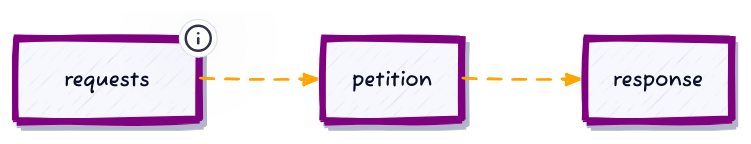
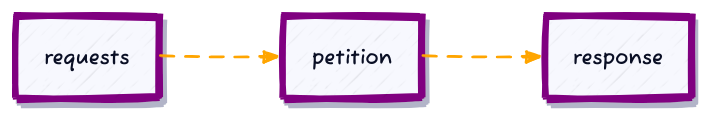
Before and after one commit to emastho/vixenydocs: the diagram in d2/petition_cycle.d2, drawn with D2. The commit also changed 8 other files, not shown here.

```diff
--- a/d2/petition_cycle.d2
+++ b/d2/petition_cycle.d2
@@ -1,39 +1,34 @@
 direction: right
 
 style: {
   fill: transparent
 }
 
 vars: {
   d2-config: {
     sketch: true
   }
 }
-requests: {
-  style: {
-    stroke: purple
-    stroke-width: 5
-    shadow: true
+
+classes: {
+  square: {
+    style: {
+      stroke: purple
+      stroke-width: 5
+      shadow: true
+    }
   }
-  tooltip: Request from serve
-}
-petition: {
-  style: {
-    stroke: purple
-    stroke-width: 5
-    shadow: true
+  seg stroke: {
+    style.animated: true
+    style.stroke: orange
+  }
+  direct stroke: {
+    style.stroke: "#53C0D8"
   }
 }
 
-response: {
-  style: {
-    stroke: purple
-    stroke-width: 5
-    shadow: true
-  }
-}
+requests.class: square
+petition.class: square
+response.class: square
 
-requests -> petition -> response: {
-  style.animated: true
-  style.stroke: orange
-}
+(requests -> petition -> response).class: seg stroke
```
